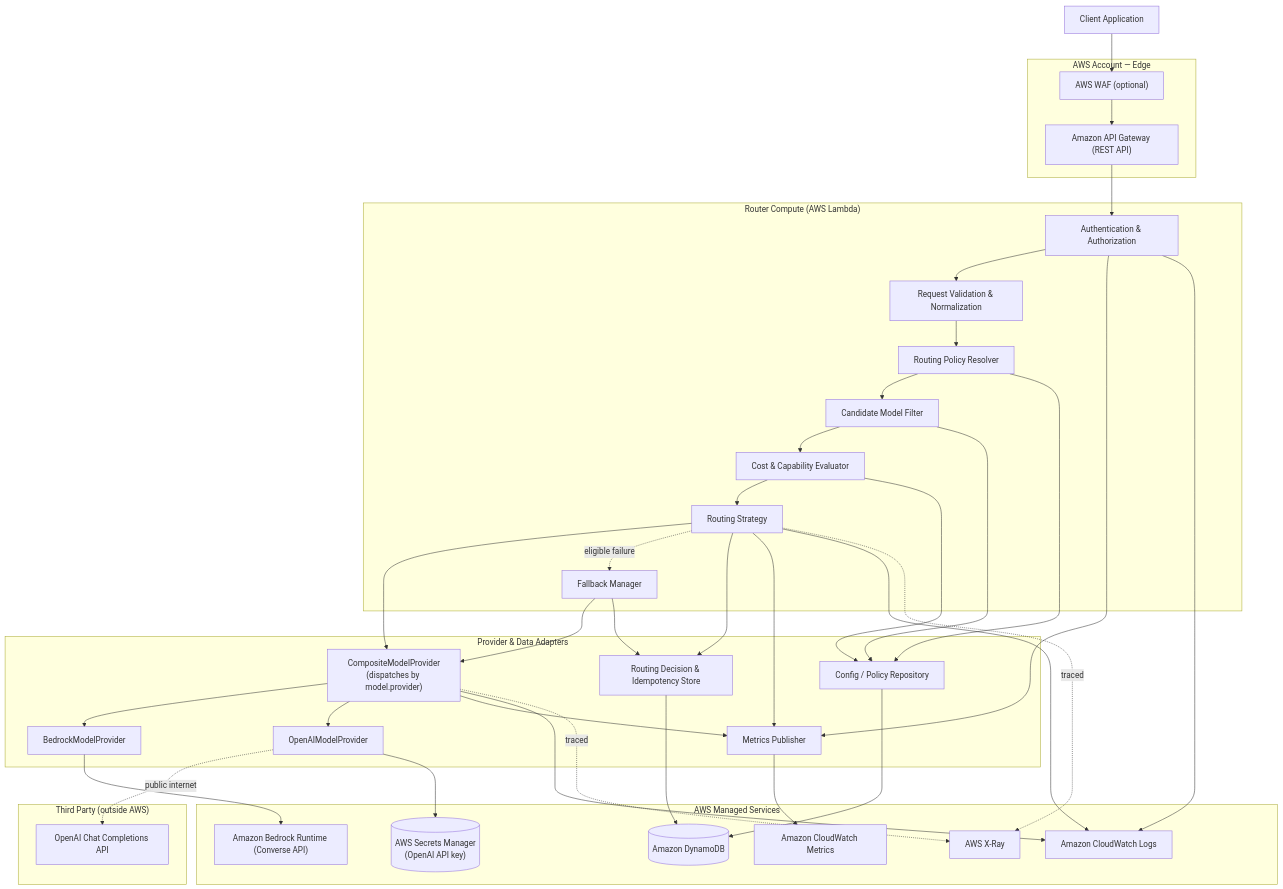
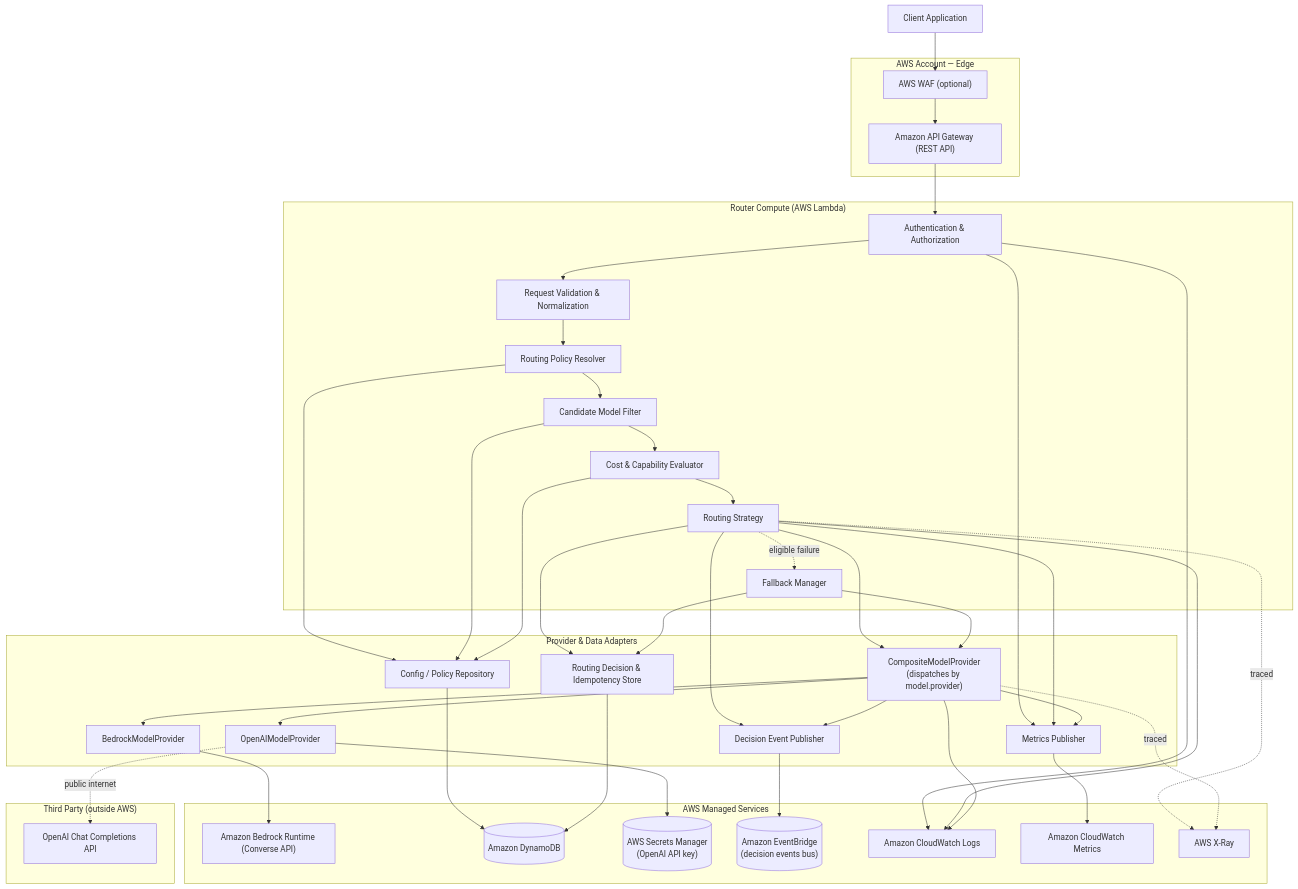
The first of 4 diagrams in docs/architecture/overview.md (lapczyna/aws-model-router), drawn with Mermaid before and after one commit. The commit also changed other lines of this file and 29 other files, not shown here.

First line of the commit message:
feat: add EventBridge decision events and OpenTelemetry tracing (Phase 10b)

````diff
--- a/docs/architecture/overview.md
+++ b/docs/architecture/overview.md
@@ -88,70 +90,76 @@
 ```mermaid
 graph TD
     Client["Client Application"]
 
     subgraph AWSEdge["AWS Account — Edge"]
         WAF["AWS WAF (optional)"]
         APIGW["Amazon API Gateway (REST API)"]
     end
 
     subgraph RouterCompute["Router Compute (AWS Lambda)"]
         Auth["Authentication & Authorization"]
         Validate["Request Validation & Normalization"]
         PolicyResolver["Routing Policy Resolver"]
         CandidateFilter["Candidate Model Filter"]
         CostEval["Cost & Capability Evaluator"]
         Strategy["Routing Strategy"]
         FallbackMgr["Fallback Manager"]
     end
 
     subgraph Adapters["Provider & Data Adapters"]
         Composite["CompositeModelProvider\n(dispatches by model.provider)"]
         BedrockAdapter["BedrockModelProvider"]
         OpenAIAdapter["OpenAIModelProvider"]
         ConfigRepo["Config / Policy Repository"]
         DecisionRepo["Routing Decision & Idempotency Store"]
         MetricsPub["Metrics Publisher"]
+        EventsPub["Decision Event Publisher"]
     end
 
     subgraph AWSServices["AWS Managed Services"]
         Bedrock["Amazon Bedrock Runtime (Converse API)"]
         DynamoDB[("Amazon DynamoDB")]
         SecretsMgr[("AWS Secrets Manager\n(OpenAI API key)")]
+        EventBridge[("Amazon EventBridge\n(decision events bus)")]
         CWLogs["Amazon CloudWatch Logs"]
         CWMetrics["Amazon CloudWatch Metrics"]
         XRay["AWS X-Ray"]
     end
 
     subgraph ThirdParty["Third Party (outside AWS)"]
         OpenAI["OpenAI Chat Completions API"]
     end
 
     Client --> WAF --> APIGW --> Auth
     Auth --> Validate --> PolicyResolver --> CandidateFilter --> CostEval --> Strategy
     Strategy --> Composite
     Strategy -.eligible failure.-> FallbackMgr --> Composite
     Composite --> BedrockAdapter --> Bedrock
     Composite --> OpenAIAdapter -.public internet.-> OpenAI
     OpenAIAdapter --> SecretsMgr
 
     PolicyResolver --> ConfigRepo
     CandidateFilter --> ConfigRepo
     CostEval --> ConfigRepo
     ConfigRepo --> DynamoDB
 
     Strategy --> DecisionRepo
     FallbackMgr --> DecisionRepo
     DecisionRepo --> DynamoDB
 
     Auth --> MetricsPub
     Strategy --> MetricsPub
     Composite --> MetricsPub
     MetricsPub --> CWMetrics
 
+    Strategy --> EventsPub
+    Composite --> EventsPub
+    EventsPub --> EventBridge
+
     Auth --> CWLogs
     Strategy --> CWLogs
     Composite --> CWLogs
 
     Strategy -.traced.-> XRay
     Composite -.traced.-> XRay
 ```
````
